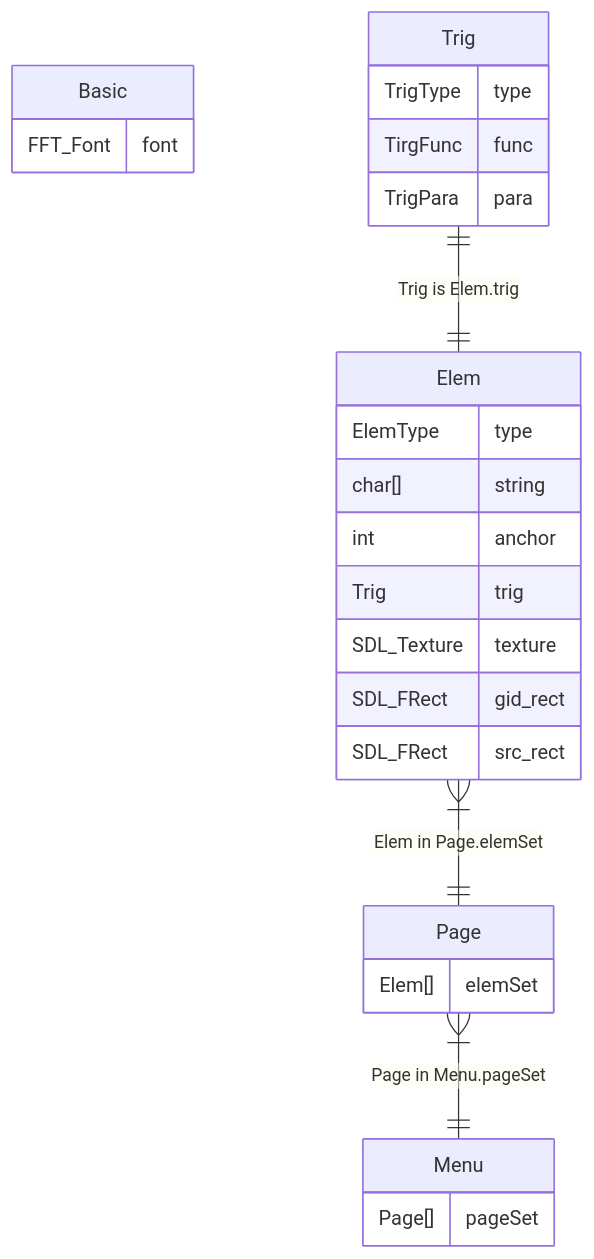
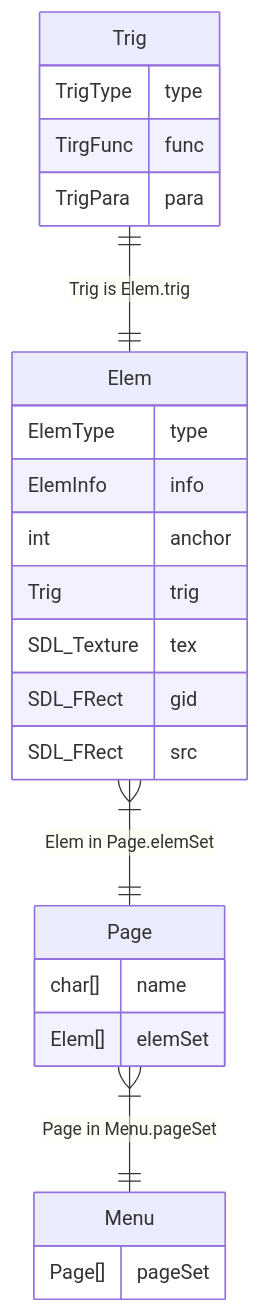
Before and after one commit to ShilianShen/Jasmin: the first of 2 diagrams in src/outer/tempo/README.md, drawn with Mermaid. The commit also changed other lines of this file and 16 other files, not shown here.

````diff
--- a/src/outer/tempo/README.md
+++ b/src/outer/tempo/README.md
@@ -3,30 +3,28 @@
 ```mermaid
-erDiagram 
-    Basic {
-        FFT_Font font
-    }
+erDiagram
     Trig {
         TrigType type
         TirgFunc func
         TrigPara para
     }
     Elem {
         ElemType type
-        char[] string
+        ElemInfo info
         int anchor
         Trig trig
-        SDL_Texture texture
-        SDL_FRect gid_rect
-        SDL_FRect src_rect
+        SDL_Texture tex
+        SDL_FRect gid
+        SDL_FRect src
     }
     Page {
+        char[] name
         Elem[] elemSet
     }
     Menu {
         Page[] pageSet
     }
     Trig ||--|| Elem: "Trig is Elem.trig"
     Elem }|--|| Page: "Elem in Page.elemSet"
     Page }|--|| Menu: "Page in Menu.pageSet"
   
 ```
````
